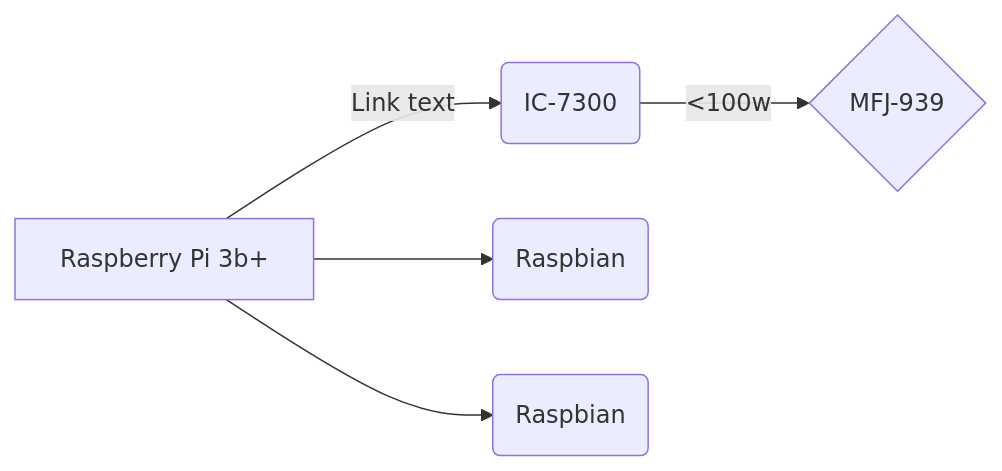
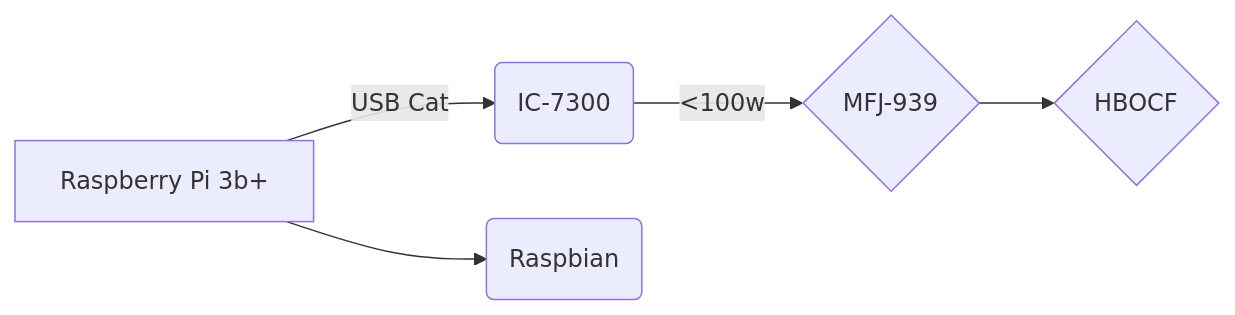
Before and after one commit to we4sel/we4sel.github.io: the diagram in station.md.md, drawn with Mermaid. The commit also changed other lines of this file, not shown here.

Commit message:
station.md.md updated from https://stackedit.io/

````diff
--- a/station.md.md
+++ b/station.md.md
@@ -7,8 +7,8 @@
 ```mermaid
 graph LR
-A[Raspberry Pi 3b+] -- Link text --> B(IC-7300)
-A --> C(Raspbian) 
-B -- <100w  --> D{MFJ-939}
-A --> E(Raspbian)
-A
+A[Raspberry Pi 3b+] -- USB Cat --> B(IC-7300);
+A --> C(Raspbian) ;
+B -- <100w  --> D{MFJ-939};
+D --> E{HBOCF}
+
 ```
````
